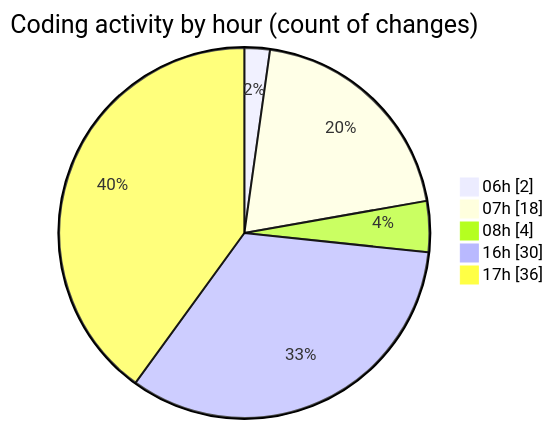
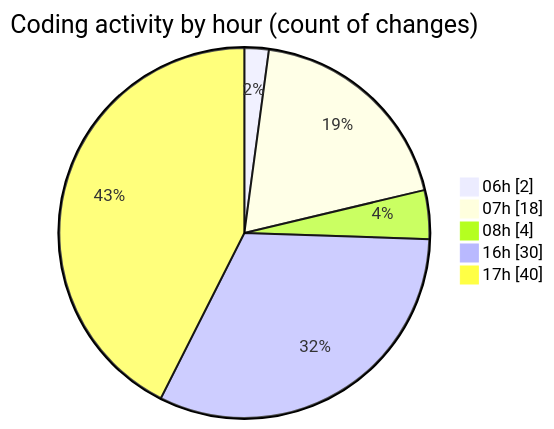
The second of 2 diagrams in 2025-01-27/termonied-web/README.md (robertbonfada/code-tracking), drawn with Mermaid before and after one commit. The commit also changed other lines of this file and 1 other file, not shown here.

````diff
--- a/2025-01-27/termonied-web/README.md
+++ b/2025-01-27/termonied-web/README.md
@@ -40,9 +42,9 @@
 ```mermaid
 pie showData
 title Coding activity by hour (count of changes)
 "06h" : 2
 "07h" : 18
 "08h" : 4
 "16h" : 30
-"17h" : 36
+"17h" : 40
 ```
````
